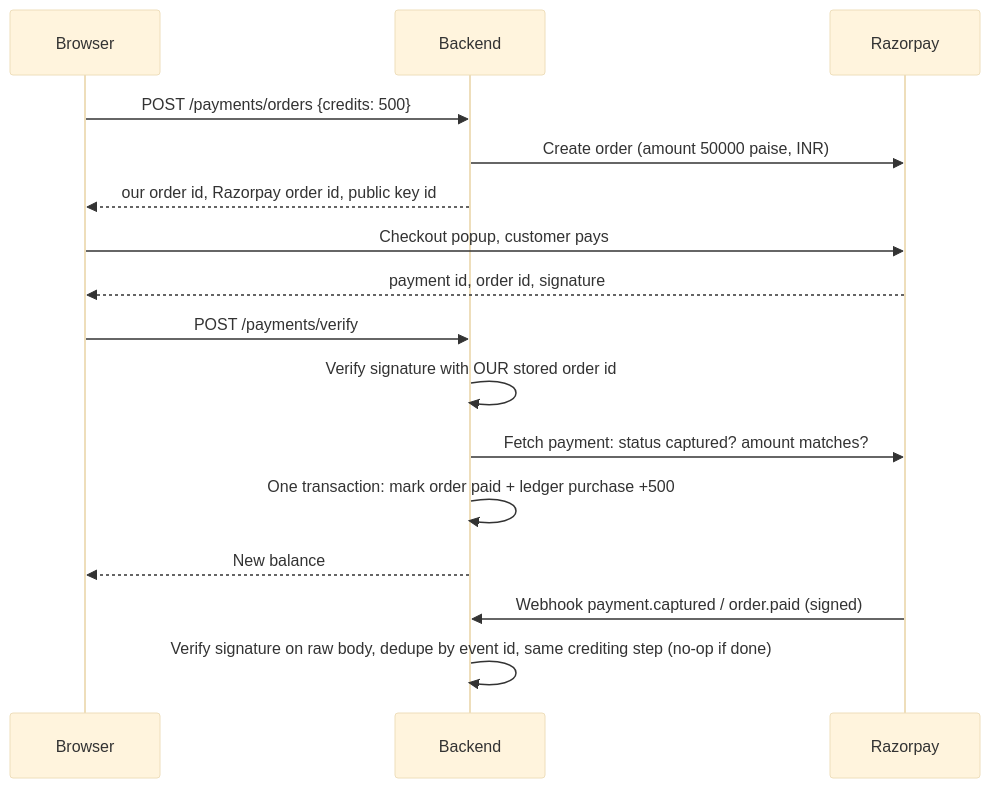
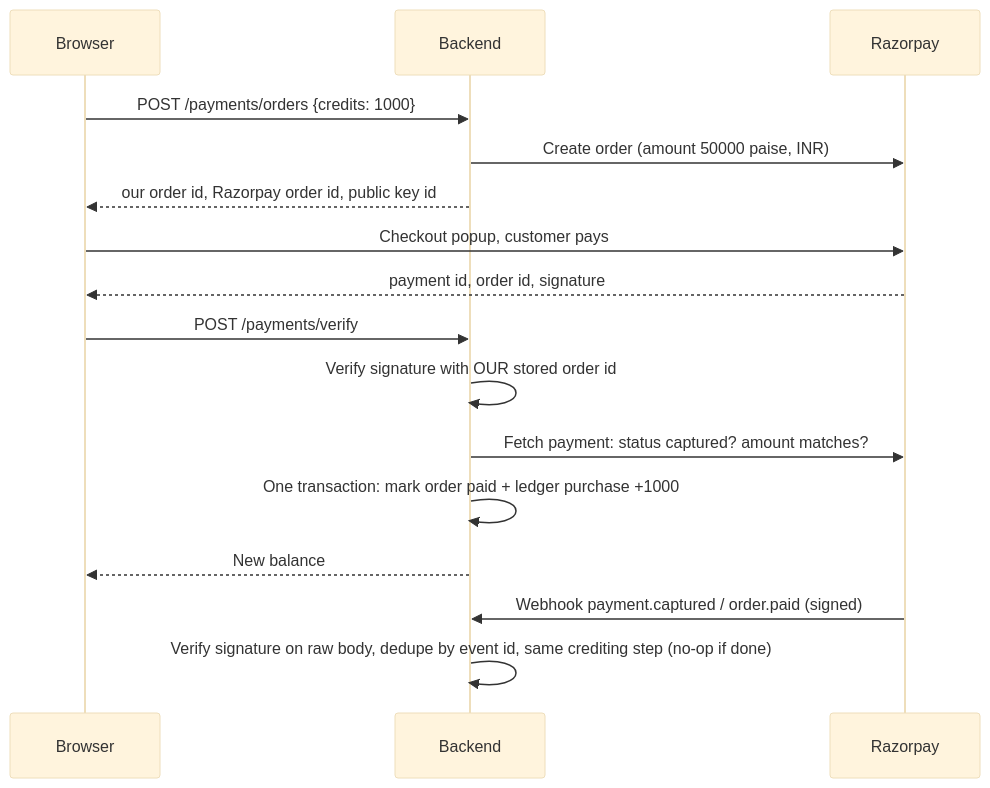
One commit to spatel-ai/frame-forge changed the second of 2 diagrams in docs/HLD.md. Above: the diagram before and after it, drawn with Mermaid (base theme). The commit also changed other lines of this file and 10 other files, not shown here.

````diff
--- a/docs/HLD.md
+++ b/docs/HLD.md
@@ -164,18 +164,18 @@
 ```mermaid
 sequenceDiagram
     participant B as Browser
     participant A as Backend
     participant R as Razorpay
-    B->>A: POST /payments/orders {credits: 500}
+    B->>A: POST /payments/orders {credits: 1000}
     A->>R: Create order (amount 50000 paise, INR)
     A-->>B: our order id, Razorpay order id, public key id
     B->>R: Checkout popup, customer pays
     R-->>B: payment id, order id, signature
     B->>A: POST /payments/verify
     A->>A: Verify signature with OUR stored order id
     A->>R: Fetch payment: status captured? amount matches?
-    A->>A: One transaction: mark order paid + ledger purchase +500
+    A->>A: One transaction: mark order paid + ledger purchase +1000
     A-->>B: New balance
     R->>A: Webhook payment.captured / order.paid (signed)
     A->>A: Verify signature on raw body, dedupe by event id, same crediting step (no-op if done)
 ```
````
